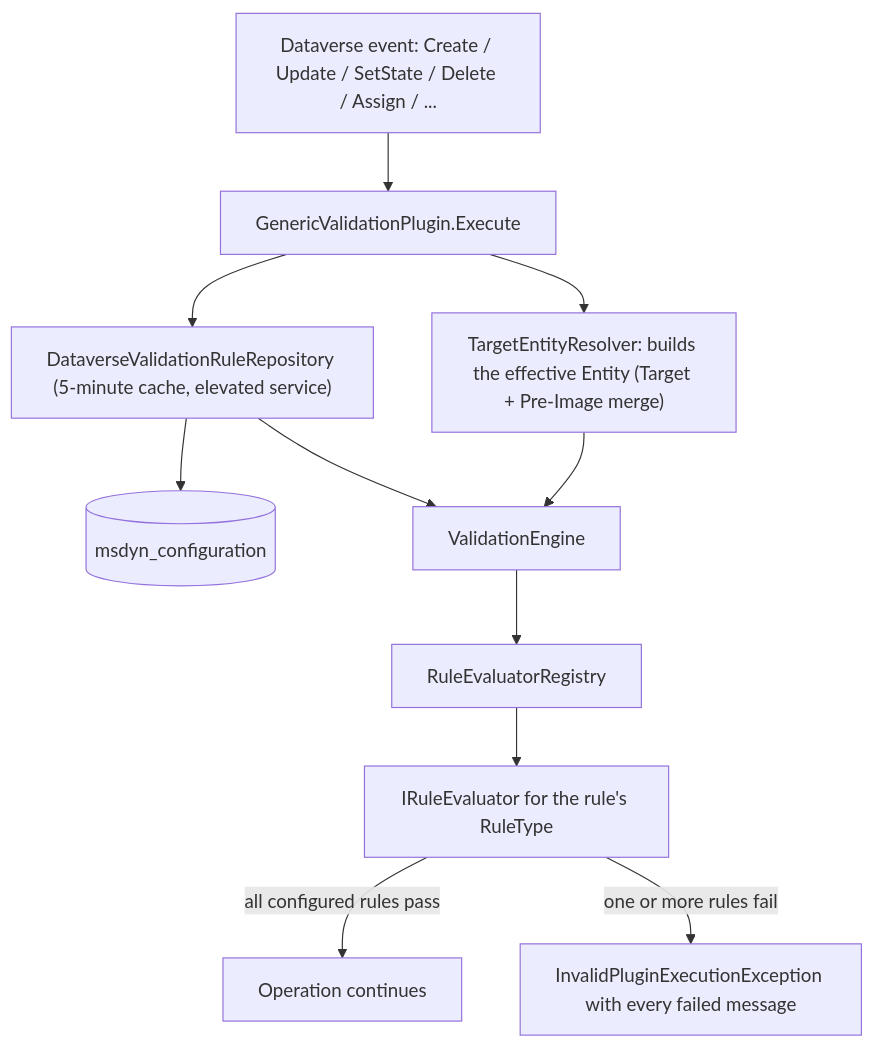
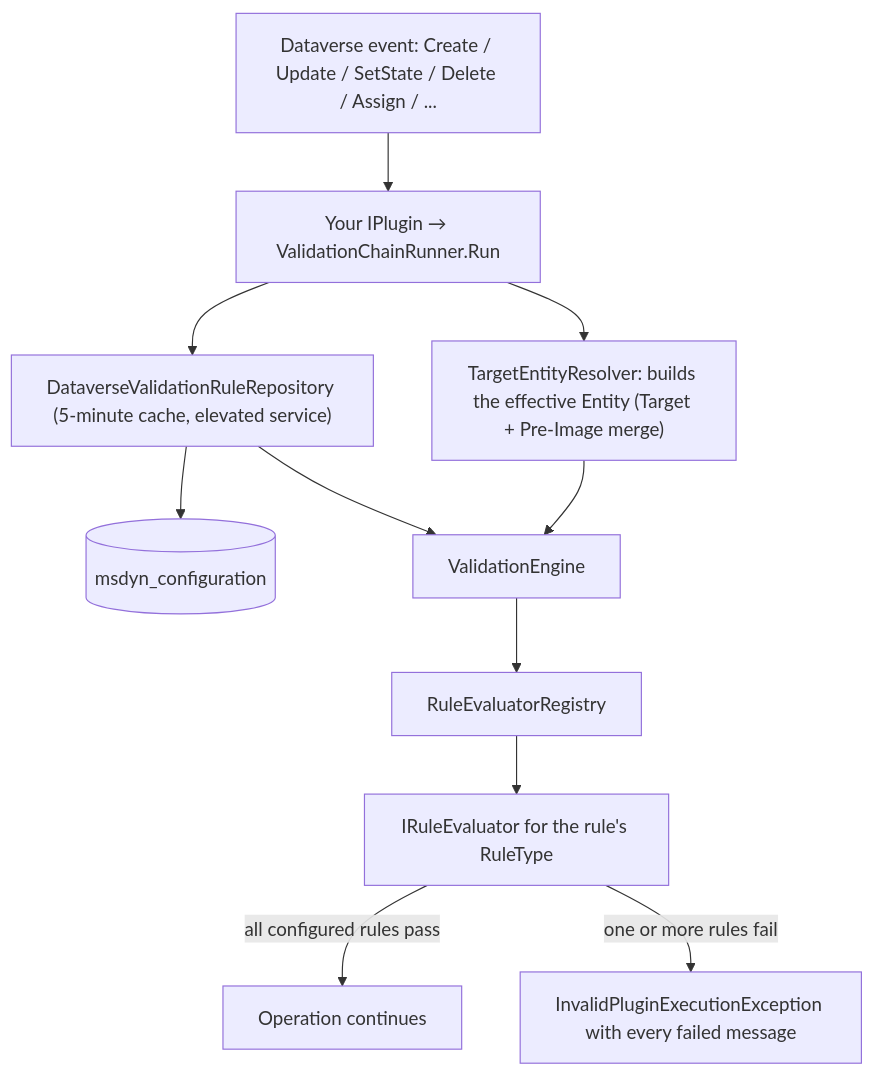
The diagram in README.md (ZenPluS/DevEn.Xrm.EntityValidation), drawn with Mermaid before and after one commit. The commit also changed other lines of this file and 11 other files, not shown here.

First line of the commit message:
refactor!: run the chain from ValidationChainRunner and ship as a shared project

````diff
--- a/README.md
+++ b/README.md
@@ -55,13 +56,13 @@
 ```mermaid
 flowchart TD
-    A["Dataverse event: Create / Update / SetState / Delete / Assign / ..."] --> B["GenericValidationPlugin.Execute"]
+    A["Dataverse event: Create / Update / SetState / Delete / Assign / ..."] --> B["Your IPlugin → ValidationChainRunner.Run"]
     B --> C["TargetEntityResolver: builds the effective Entity (Target + Pre-Image merge)"]
     B --> D["DataverseValidationRuleRepository (5-minute cache, elevated service)"]
     D --> E[("msdyn_configuration")]
     C --> F["ValidationEngine"]
     D --> F
     F --> G["RuleEvaluatorRegistry"]
     G --> H["IRuleEvaluator for the rule's RuleType"]
     H -->|"all configured rules pass"| I["Operation continues"]
     H -->|"one or more rules fail"| J["InvalidPluginExecutionException with every failed message"]
 ```
````
